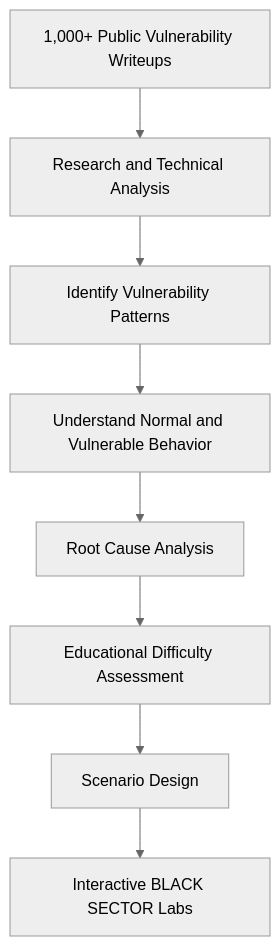
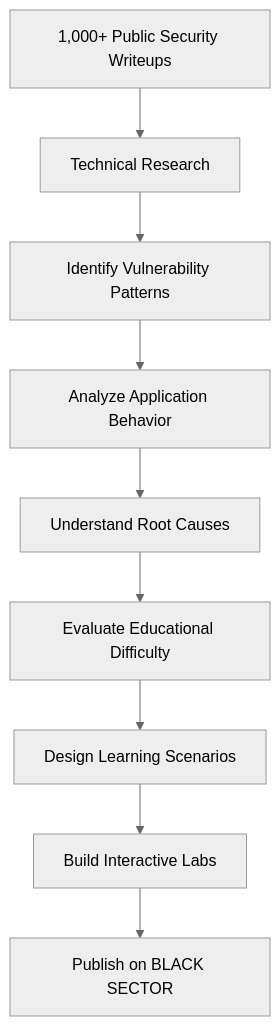
Before and after one commit to Ahmed80325/black-sector-codex-labs: the second of 5 diagrams in README.md, drawn with Mermaid (neutral theme). The commit also changed other lines of this file, not shown here.

````diff
--- a/README.md
+++ b/README.md
@@ -174,10 +198,11 @@
 ```mermaid
 flowchart TD
-    A["1,000+ Public Vulnerability Writeups"] --> B["Research and Technical Analysis"]
+    A["1,000+ Public Security Writeups"] --> B["Technical Research"]
     B --> C["Identify Vulnerability Patterns"]
-    C --> D["Understand Normal and Vulnerable Behavior"]
-    D --> E["Root Cause Analysis"]
-    E --> F["Educational Difficulty Assessment"]
-    F --> G["Scenario Design"]
-    G --> H["Interactive BLACK SECTOR Labs"]
+    C --> D["Analyze Application Behavior"]
+    D --> E["Understand Root Causes"]
+    E --> F["Evaluate Educational Difficulty"]
+    F --> G["Design Learning Scenarios"]
+    G --> H["Build Interactive Labs"]
+    H --> I["Publish on BLACK SECTOR"]
 ```
````
